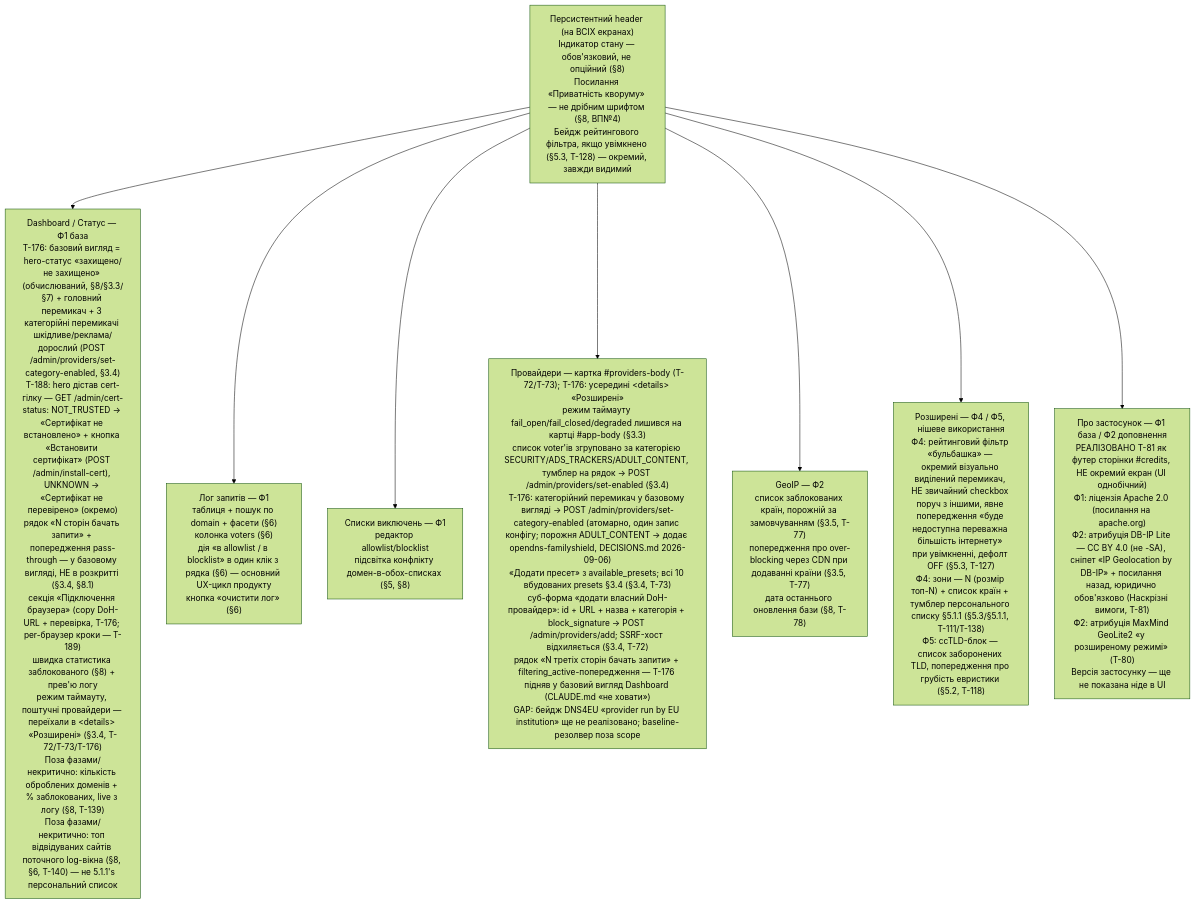
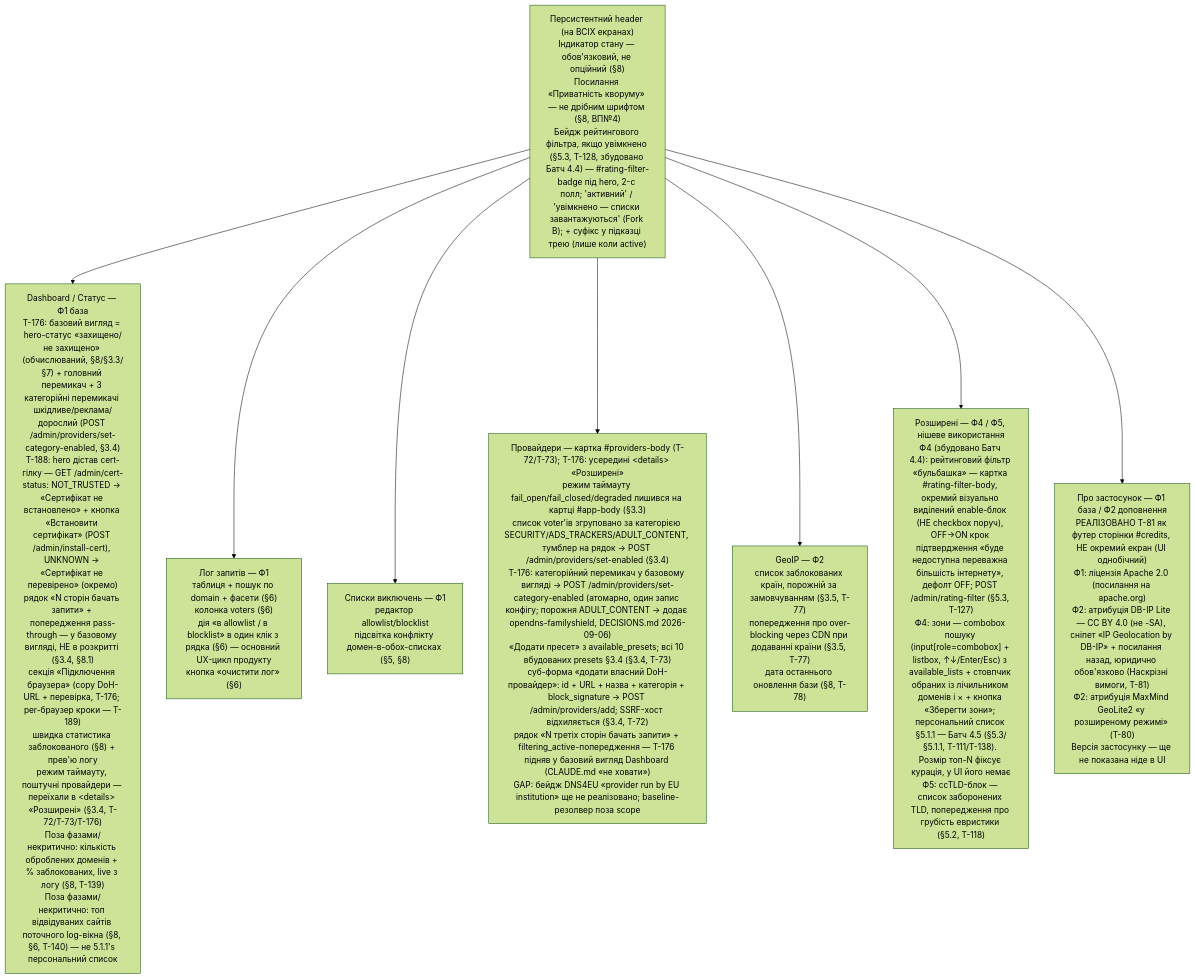
The diagram in diagrams/ui-navigation.md (user137/dns-quorum-filter), drawn with Mermaid (forest theme) before and after one commit. The commit also changed other lines of this file and 13 other files, not shown here.

First line of the commit message:
docs: Батч 4.4 — rating-filter UI/route + validator, doc & diagram sync

````diff
--- a/diagrams/ui-navigation.md
+++ b/diagrams/ui-navigation.md
@@ -14,26 +15,26 @@
 ```mermaid
 flowchart TD
-    Header["Персистентний header (на ВСІХ екранах)<br/>Індикатор стану — обов'язковий, не опційний (§8)<br/>Посилання «Приватність кворуму» — не дрібним шрифтом (§8, ВП№4)<br/>Бейдж рейтингового фільтра, якщо увімкнено (§5.3, T-128) — окремий, завжди видимий"]
+    Header["Персистентний header (на ВСІХ екранах)<br/>Індикатор стану — обов'язковий, не опційний (§8)<br/>Посилання «Приватність кворуму» — не дрібним шрифтом (§8, ВП№4)<br/>Бейдж рейтингового фільтра, якщо увімкнено (§5.3, T-128, збудовано Батч 4.4) — #rating-filter-badge під hero, 2-с полл; 'активний' / 'увімкнено — списки завантажуються' (Fork B); + суфікс у підказці трею (лише коли active)"]
 
     Header --> Dashboard
     Header --> Log
     Header --> Lists
     Header --> Providers
     Header --> GeoIP
     Header --> Advanced
     Header --> About
 
     Dashboard["Dashboard / Статус — Ф1 база<br/>T-176: базовий вигляд = hero-статус «захищено/не захищено» (обчислюваний, §8/§3.3/§7) + головний перемикач + 3 категорійні перемикачі шкідливе/реклама/дорослий (POST /admin/providers/set-category-enabled, §3.4)<br/>T-188: hero дістав cert-гілку — GET /admin/cert-status: NOT_TRUSTED → «Сертифікат не встановлено» + кнопка «Встановити сертифікат» (POST /admin/install-cert), UNKNOWN → «Сертифікат не перевірено» (окремо)<br/>рядок «N сторін бачать запити» + попередження pass-through — у базовому вигляді, НЕ в розкритті (§3.4, §8.1)<br/>секція «Підключення браузера» (copy DoH-URL + перевірка, T-176; per-браузер кроки — T-189)<br/>швидка статистика заблокованого (§8) + прев'ю логу<br/>режим таймауту, поштучні провайдери — переїхали в &lt;details&gt; «Розширені» (§3.4, T-72/T-73/T-176)<br/>Поза фазами/некритично: кількість оброблених доменів + % заблокованих, live з логу (§8, T-139)<br/>Поза фазами/некритично: топ відвідуваних сайтів поточного log-вікна (§8, §6, T-140) — не 5.1.1's персональний список"]
 
     Log["Лог запитів — Ф1<br/>таблиця + пошук по domain + фасети (§6)<br/>колонка voters (§6)<br/>дія «в allowlist / в blocklist» в один клік з рядка (§6) — основний UX-цикл продукту<br/>кнопка «очистити лог» (§6)"]
 
     Lists["Списки виключень — Ф1<br/>редактор allowlist/blocklist<br/>підсвітка конфлікту домен-в-обох-списках (§5, §8)"]
 
     Providers["Провайдери — картка #providers-body (T-72/T-73); T-176: усередині &lt;details&gt; «Розширені»<br/>режим таймауту fail_open/fail_closed/degraded лишився на картці #app-body (§3.3)<br/>список voter'ів згруповано за категорією SECURITY/ADS_TRACKERS/ADULT_CONTENT, тумблер на рядок → POST /admin/providers/set-enabled (§3.4)<br/>T-176: категорійний перемикач у базовому вигляді → POST /admin/providers/set-category-enabled (атомарно, один запис конфігу; порожня ADULT_CONTENT → додає opendns-familyshield, DECISIONS.md 2026-09-06)<br/>«Додати пресет» з available_presets; всі 10 вбудованих presets §3.4 (§3.4, T-73)<br/>суб-форма «додати власний DoH-провайдер»: id + URL + назва + категорія + block_signature → POST /admin/providers/add; SSRF-хост відхиляється (§3.4, T-72)<br/>рядок «N третіх сторін бачать запити» + filtering_active-попередження — T-176 підняв у базовий вигляд Dashboard (CLAUDE.md «не ховати»)<br/>GAP: бейдж DNS4EU «provider run by EU institution» ще не реалізовано; baseline-резолвер поза scope"]
 
     GeoIP["GeoIP — Ф2<br/>список заблокованих країн, порожній за замовчуванням (§3.5, T-77)<br/>попередження про over-blocking через CDN при додаванні країни (§3.5, T-77)<br/>дата останнього оновлення бази (§8, T-78)"]
 
-    Advanced["Розширені — Ф4 / Ф5, нішеве використання<br/>Ф4: рейтинговий фільтр «бульбашка» — окремий візуально виділений перемикач, НЕ звичайний checkbox поруч з іншими, явне попередження «буде недоступна переважна більшість інтернету» при увімкненні, дефолт OFF (§5.3, T-127)<br/>Ф4: зони — N (розмір топ-N) + список країн + тумблер персонального списку §5.1.1 (§5.3/§5.1.1, T-111/T-138)<br/>Ф5: ccTLD-блок — список заборонених TLD, попередження про грубість евристики (§5.2, T-118)"]
+    Advanced["Розширені — Ф4 / Ф5, нішеве використання<br/>Ф4 (збудовано Батч 4.4): рейтинговий фільтр «бульбашка» — картка #rating-filter-body, окремий візуально виділений enable-блок (НЕ checkbox поруч), OFF→ON крок підтвердження «буде недоступна переважна більшість інтернету», дефолт OFF; POST /admin/rating-filter (§5.3, T-127)<br/>Ф4: зони — combobox пошуку (input[role=combobox] + listbox, ↑↓/Enter/Esc) з available_lists + стовпчик обраних із лічильником доменів і × + кнопка «Зберегти зони»; персональний список §5.1.1 — Батч 4.5 (§5.3/§5.1.1, T-111/T-138). Розмір топ-N фіксує курація, у UI його немає<br/>Ф5: ccTLD-блок — список заборонених TLD, попередження про грубість евристики (§5.2, T-118)"]
 
     About["Про застосунок — Ф1 база / Ф2 доповнення<br/>РЕАЛІЗОВАНО T-81 як футер сторінки #credits, НЕ окремий екран (UI однобічний)<br/>Ф1: ліцензія Apache 2.0 (посилання на apache.org)<br/>Ф2: атрибуція DB-IP Lite — CC BY 4.0 (не -SA), сніпет «IP Geolocation by DB-IP» + посилання назад, юридично обов'язково (Наскрізні вимоги, T-81)<br/>Ф2: атрибуція MaxMind GeoLite2 «у розширеному режимі» (T-80)<br/>Версія застосунку — ще не показана ніде в UI"]
 ```
````
